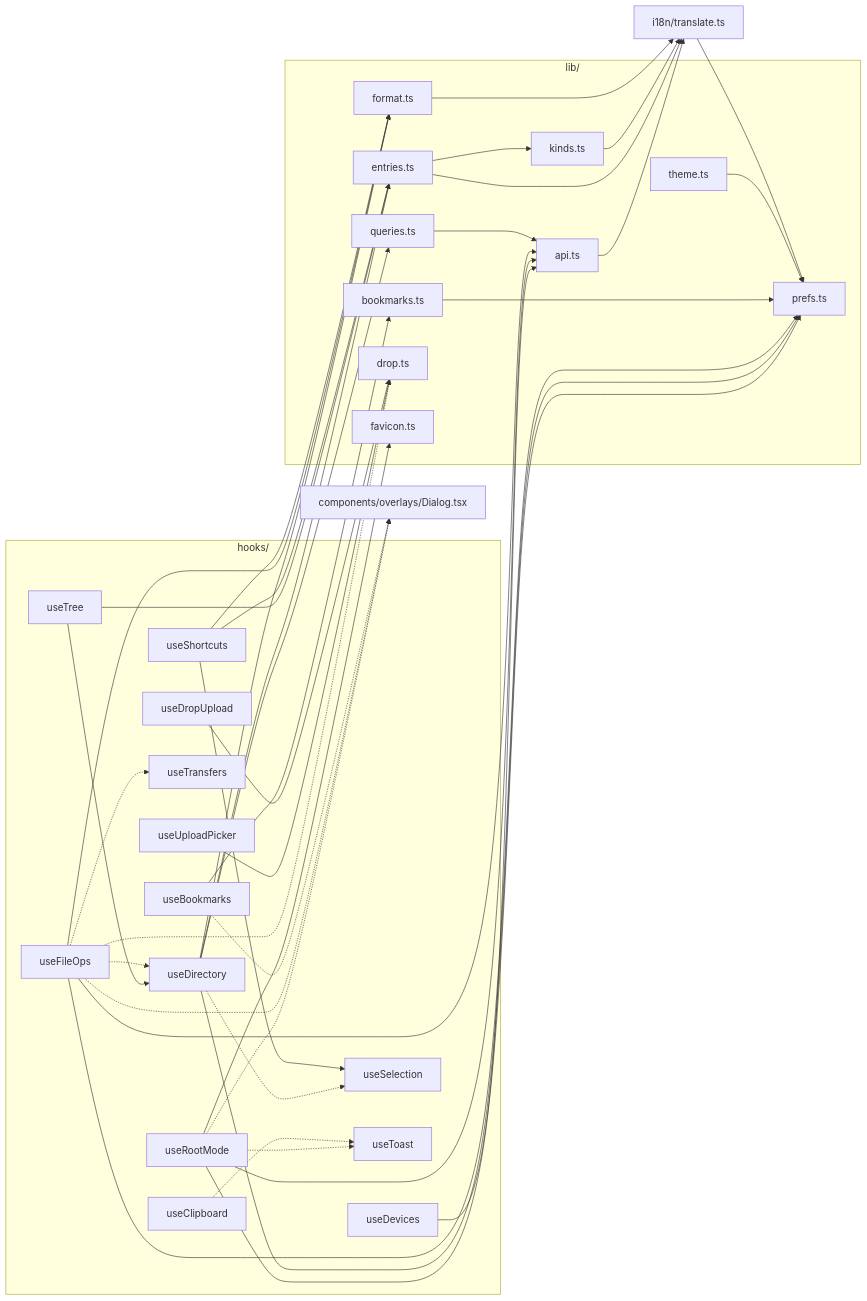
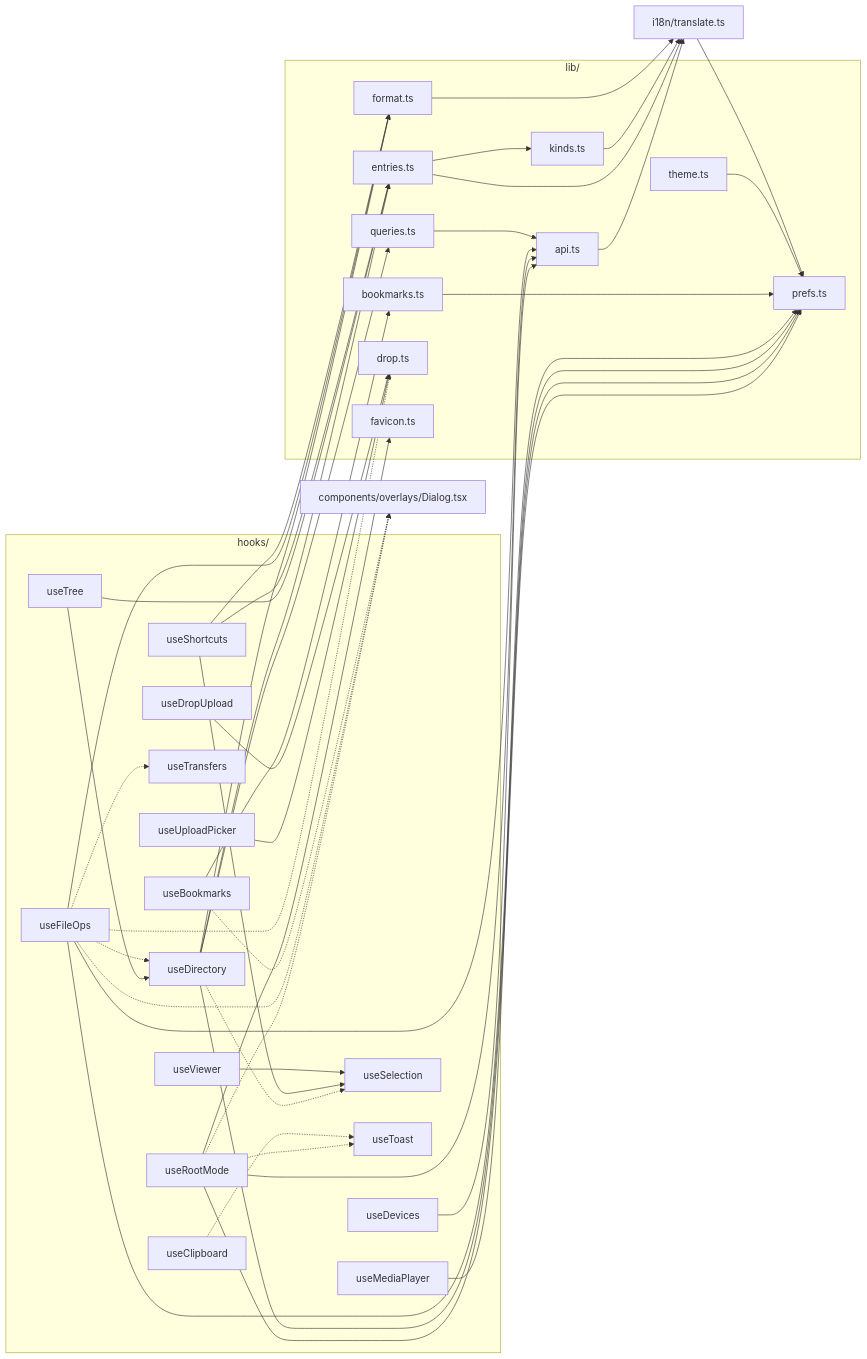
One commit to wynnyu/adb-file-manager changed the sixth of 10 diagrams in docs/architecture.md. Above: the diagram before and after it, drawn with Mermaid. The commit also changed other lines of this file and 27 other files, not shown here.

````diff
--- a/docs/architecture.md
+++ b/docs/architecture.md
@@ -174,73 +178,77 @@
 ```mermaid
 flowchart LR
   subgraph hooks["hooks/"]
     useDevices
     useRootMode
     useSelection
     useDirectory
     useTree
     useFileOps
     useClipboard
     useBookmarks
     useTransfers
     useToast
     useShortcuts
+    useViewer
+    useMediaPlayer
     useUploadPicker
     useDropUpload
   end
 
   subgraph lib["lib/"]
     api["api.ts"]
     queries["queries.ts"]
     entries["entries.ts"]
     kinds["kinds.ts"]
     format["format.ts"]
     prefs["prefs.ts"]
     bookmarks["bookmarks.ts"]
     drop["drop.ts"]
     theme["theme.ts"]
     favicon["favicon.ts"]
   end
 
   translate["i18n/translate.ts"]
   Dialog["components/overlays/Dialog.tsx"]
 
   useDevices --> api
   useRootMode --> api
   useRootMode --> prefs
   useRootMode --> favicon
   useRootMode -.-> useToast
   useRootMode -.-> Dialog
   useDirectory --> queries
   useDirectory --> entries
   useDirectory --> format
   useDirectory --> prefs
   useDirectory -.-> useSelection
   useTree --> useDirectory
   useTree --> entries
   useFileOps --> api
   useFileOps --> format
   useFileOps --> prefs
   useFileOps -.-> useDirectory
   useFileOps -.-> useTransfers
   useFileOps -.-> drop
   useFileOps -.-> Dialog
   useClipboard -.-> useToast
   useBookmarks --> bookmarks
   useBookmarks -.-> Dialog
   useShortcuts --> useSelection
   useShortcuts --> entries
   useShortcuts --> format
+  useViewer --> useSelection
+  useMediaPlayer --> prefs
   useUploadPicker --> drop
   useDropUpload --> drop
 
   queries --> api
   api --> translate
   entries --> kinds
   entries --> translate
   kinds --> translate
   format --> translate
   bookmarks --> prefs
   theme --> prefs
   translate --> prefs
 ```
````
